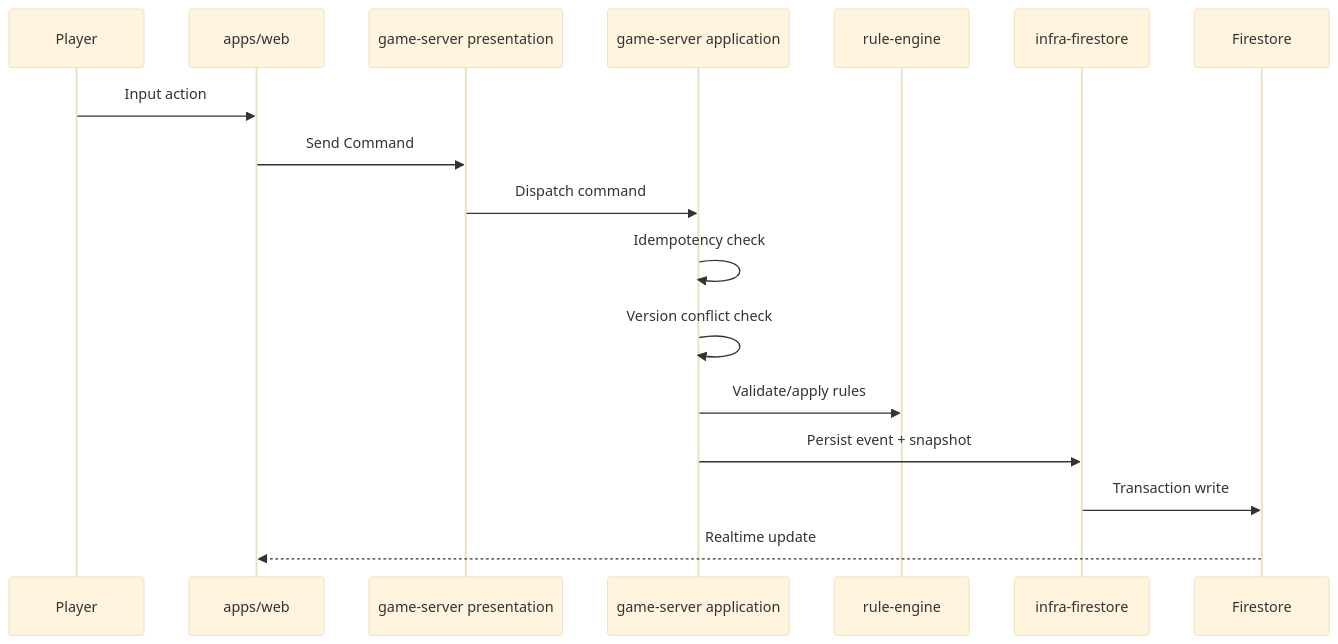
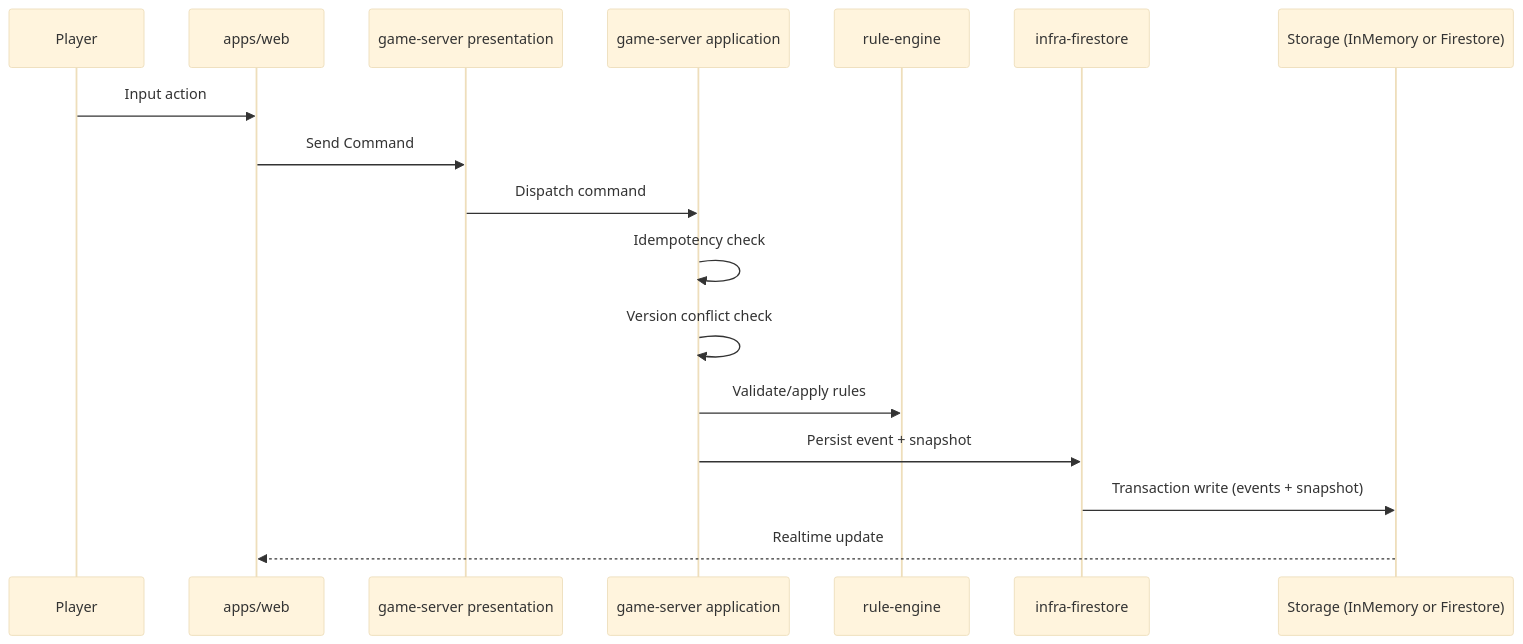
The fourth of 6 diagrams in docs/implementation-architecture-visualization.md (dydfuf/merchant), drawn with Mermaid (base theme) before and after one commit. The commit also changed other lines of this file and 32 other files, not shown here.

````diff
--- a/docs/implementation-architecture-visualization.md
+++ b/docs/implementation-architecture-visualization.md
@@ -79,20 +82,20 @@
 ```mermaid
 sequenceDiagram
   participant Player
   participant Web as apps/web
   participant Gateway as game-server presentation
   participant App as game-server application
   participant Rule as rule-engine
   participant Infra as infra-firestore
-  participant DB as Firestore
+  participant DB as Storage (InMemory or Firestore)
 
   Player->>Web: Input action
   Web->>Gateway: Send Command
   Gateway->>App: Dispatch command
   App->>App: Idempotency check
   App->>App: Version conflict check
   App->>Rule: Validate/apply rules
   App->>Infra: Persist event + snapshot
-  Infra->>DB: Transaction write
+  Infra->>DB: Transaction write (events + snapshot)
   DB-->>Web: Realtime update
 ```
````
